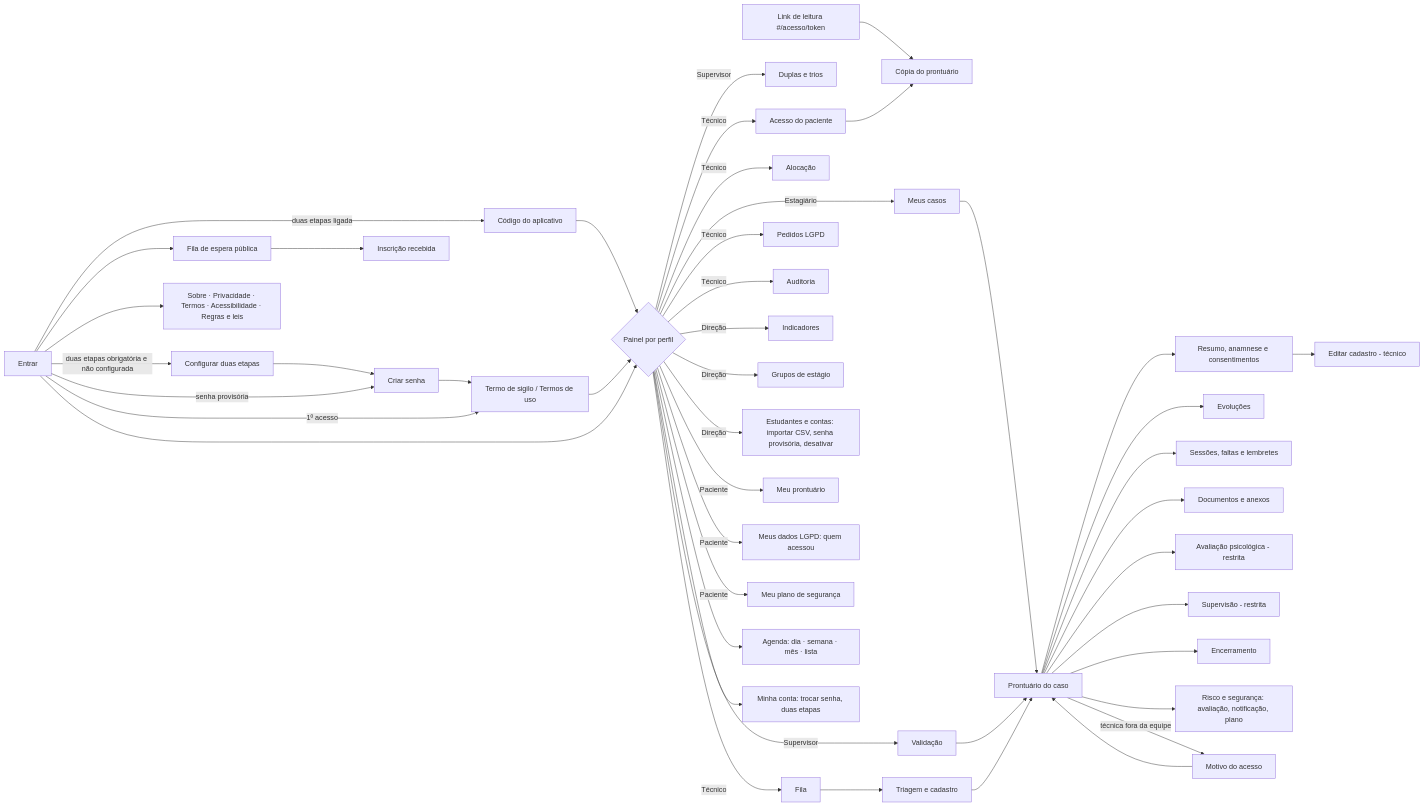
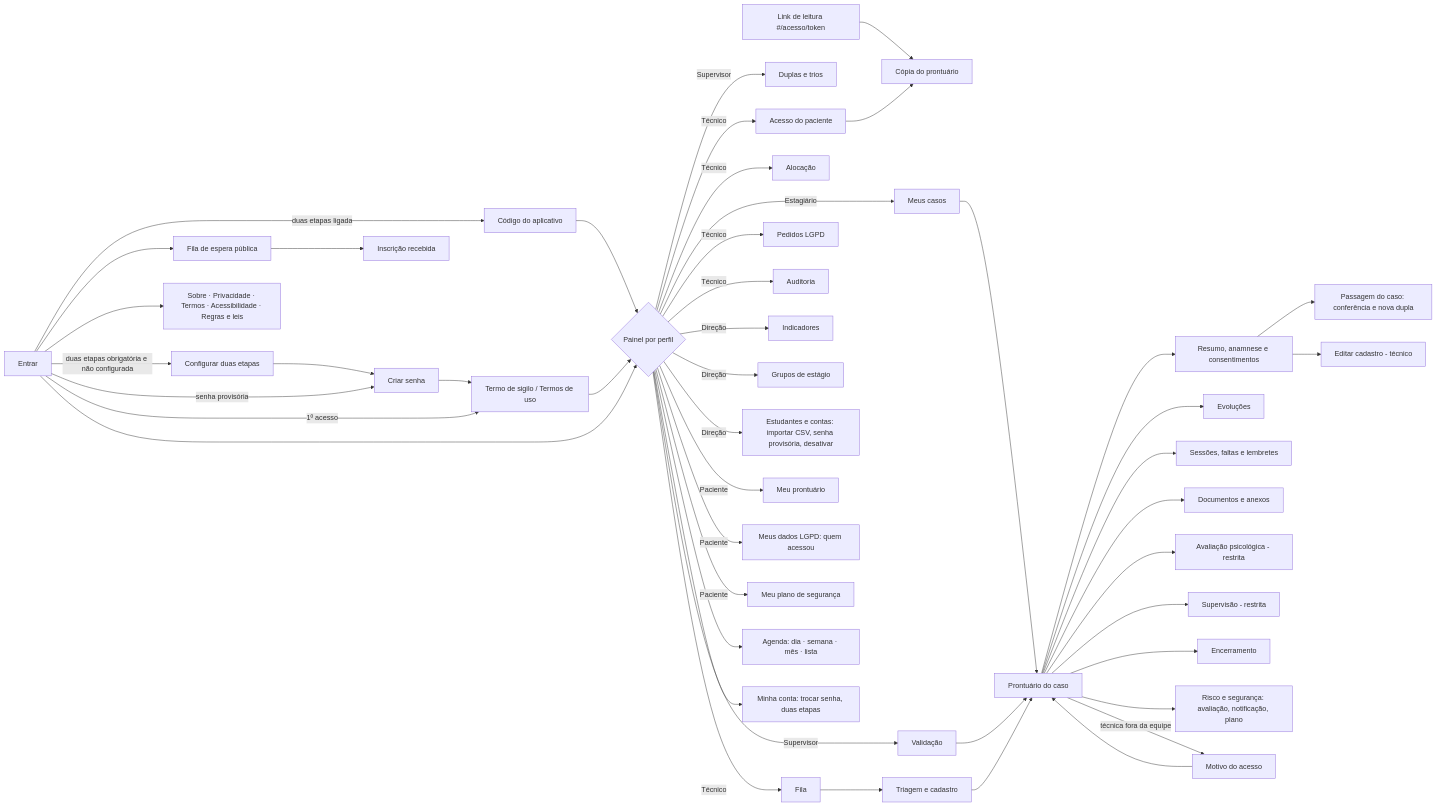
The second of 3 diagrams in docs/diagramas.md (isaacjesusjj/prontuario-eletronico), drawn with Mermaid before and after one commit. The commit also changed other lines of this file and 24 other files, not shown here.

First line of the commit message:
Transição de semestre: resumo de transferência e passagem do caso

````diff
--- a/docs/diagramas.md
+++ b/docs/diagramas.md
@@ -289,39 +304,40 @@
 ```mermaid
 flowchart LR
     E[Entrar] -->|duas etapas ligada| CD[Código do aplicativo] --> P
     E -->|duas etapas obrigatória e não configurada| CM[Configurar duas etapas] --> TS
     E -->|senha provisória| TS[Criar senha] --> TM
     E -->|1º acesso| TM[Termo de sigilo / Termos de uso] --> P
     E --> P{Painel por perfil}
     E --> FI[Fila de espera pública] --> FO[Inscrição recebida]
     E --> L[Sobre · Privacidade · Termos · Acessibilidade · Regras e leis]
     LK[Link de leitura #/acesso/token] --> CP[Cópia do prontuário]
 
     P -->|Estagiário| C[Meus casos] --> CA[Prontuário do caso]
     P -->|Supervisor| V[Validação] --> CA
     P -->|Supervisor| D[Duplas e trios]
     P -->|Técnico| F[Fila] --> T[Triagem e cadastro] --> CA
     P -->|Técnico| AL[Alocação]
     P -->|Técnico| AP[Acesso do paciente] --> CP
     P -->|Técnico| LG[Pedidos LGPD]
     P -->|Técnico| AU[Auditoria]
     P -->|Direção| IN[Indicadores]
     P -->|Direção| GE[Grupos de estágio]
     P -->|Direção| ES[Estudantes e contas: importar CSV, senha provisória, desativar]
     P -->|Paciente| MP[Meu prontuário]
     P -->|Paciente| MD[Meus dados LGPD: quem acessou]
     P -->|Paciente| PS[Meu plano de segurança]
     P --> AG[Agenda: dia · semana · mês · lista]
     P --> MC[Minha conta: trocar senha, duas etapas]
 
     CA --> R1[Resumo, anamnese e consentimentos]
     CA --> R2[Evoluções]
     CA --> R3[Sessões, faltas e lembretes]
     CA --> R4[Documentos e anexos]
     CA --> R5[Avaliação psicológica - restrita]
     CA --> R6[Supervisão - restrita]
     CA --> R7[Encerramento]
     CA --> R8[Risco e segurança: avaliação, notificação, plano]
     CA -->|técnica fora da equipe| JM[Motivo do acesso] --> CA
+    R1 --> PC[Passagem do caso: conferência e nova dupla]
     R1 --> EC[Editar cadastro - técnico]
 ```
````
